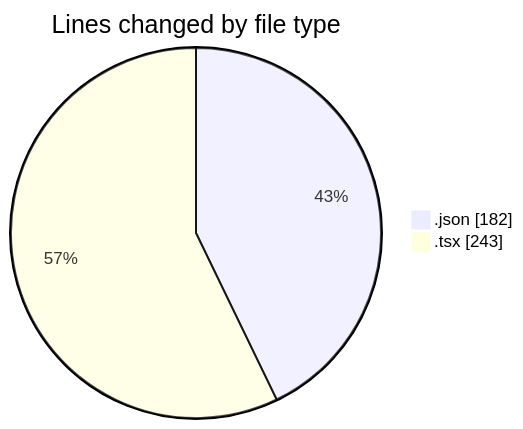
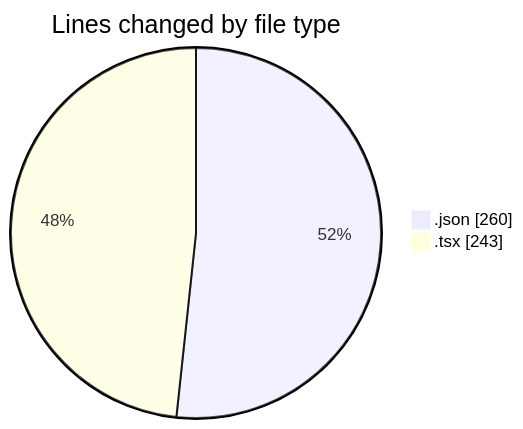
Before and after one commit to momahboobian/code-tracking: the first of 2 diagrams in 2026-04-22/cda/README.md, drawn with Mermaid. The commit also changed other lines of this file and 1 other file, not shown here.

````diff
--- a/2026-04-22/cda/README.md
+++ b/2026-04-22/cda/README.md
@@ -24,6 +24,6 @@
 ```mermaid
 pie showData
 title Lines changed by file type
-".json" : 182
+".json" : 260
 ".tsx" : 243
 ```
````
